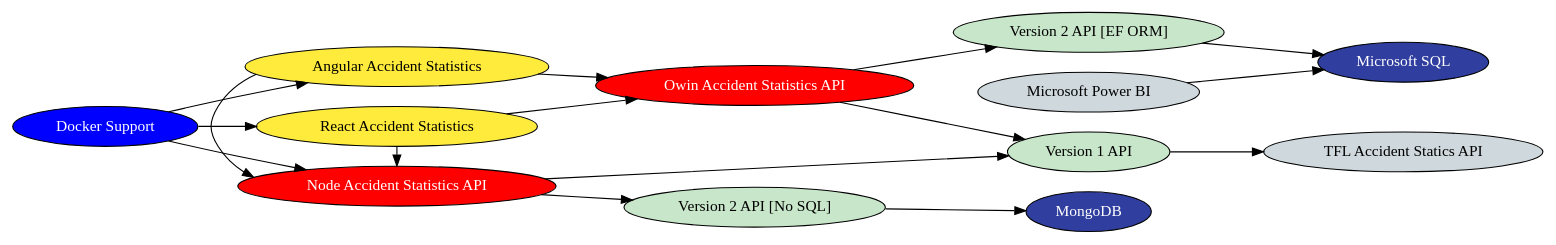
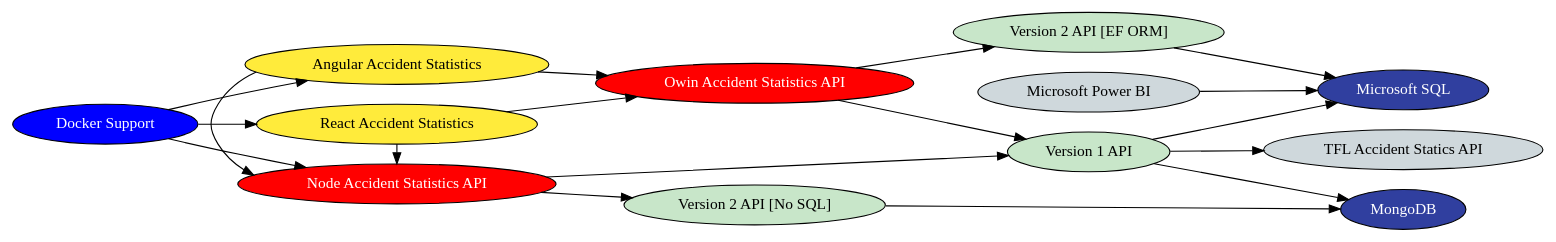
Before and after one commit to vfarah-if/GitPlayground: the diagram in diagram/architecture.dot, drawn with Graphviz. The commit also changed 1 other file, not shown here.

Commit message:
Added Data Seeding to the diagram

```diff
--- a/diagram/architecture.dot
+++ b/diagram/architecture.dot
@@ -1,58 +1,63 @@
 digraph architecture {
   rankdir=LR;
 
   // Storage - #303F9F (dark blue)
   node[fillcolor="#303F9F" style="filled" fontcolor="white"];
   database[label="Microsoft SQL"]; 
   mongo_db[label="MongoDB"];
   
   // Client-side Apps - #FFEB3B (yellow)
   node[fillcolor="#FFEB3B" style="filled" fontcolor="black"];
   ng_front_end[label="Angular Accident Statistics"]; 
   react_front_end[label="React Accident Statistics"];
   
   // Data Persistence - #C8E6C9 (light green)
   node[fillcolor="#C8E6C9" style="filled" fontcolor="black"];
   orm[label="Version 2 API [EF ORM]"]; 
   no_sql_database[label="Version 2 API [No SQL]"]; 
   live_api[label="Version 1 API"];
   
   // Backend API's - #FF0000 (red)
   node[fillcolor="#FF0000" style="filled" fontcolor="white"];
   node_api[label="Node Accident Statistics API"]; 
   owin_api[label="Owin Accident Statistics API"];
   
   // 3rd-party APIs - #CFD8DC (light grey)
   node[fillcolor="#CFD8DC" style="filled" fontcolor="black"];
   tfl_api[label="TFL Accident Statics API"];
   power_bi[label="Microsoft Power BI"]
 
   // Docker Support - #0000FF (blue)
   node[fillcolor="#0000FF" style="filled" fontcolor="white"];
   docker_support[label="Docker Support"];
 
   subgraph client_side_apps {
       ng_front_end -> {node_api,owin_api};
       react_front_end -> {node_api,owin_api};
       {rank=same; ng_front_end, react_front_end, node_api};
   }
   
   subgraph owin_api_structure {
      owin_api -> {orm, live_api};
   }
 
   subgraph node_api_structure {
      node_api -> {no_sql_database, live_api};
   }
   
   subgraph durability {
       orm -> {database};
       no_sql_database -> {mongo_db};
       live_api -> {tfl_api};
       power_bi -> {database};
   }
 
-  subgraph docker_containers {
+  subgraph data_seeding {
+      live_api -> {database};
+      live_api -> {mongo_db};
+  }
+  
+   subgraph docker_containers {
      docker_support -> {ng_front_end, react_front_end, node_api};
   }
 }
```
